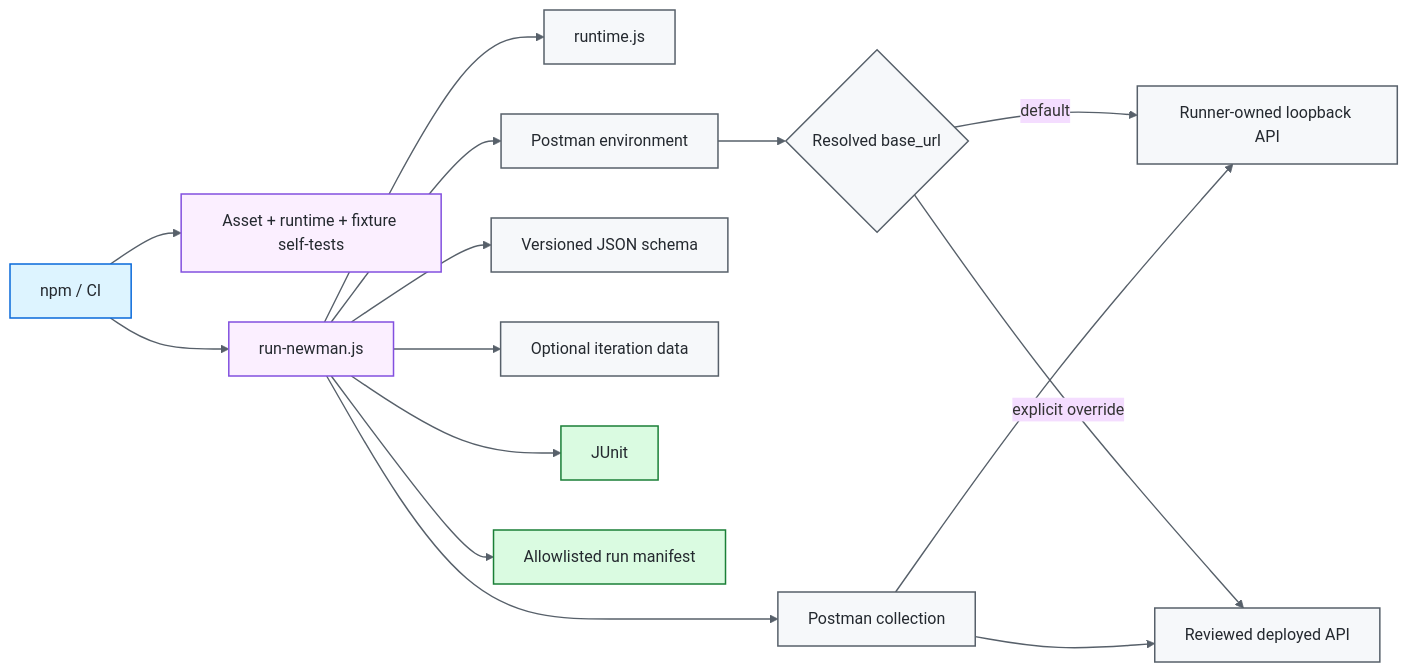
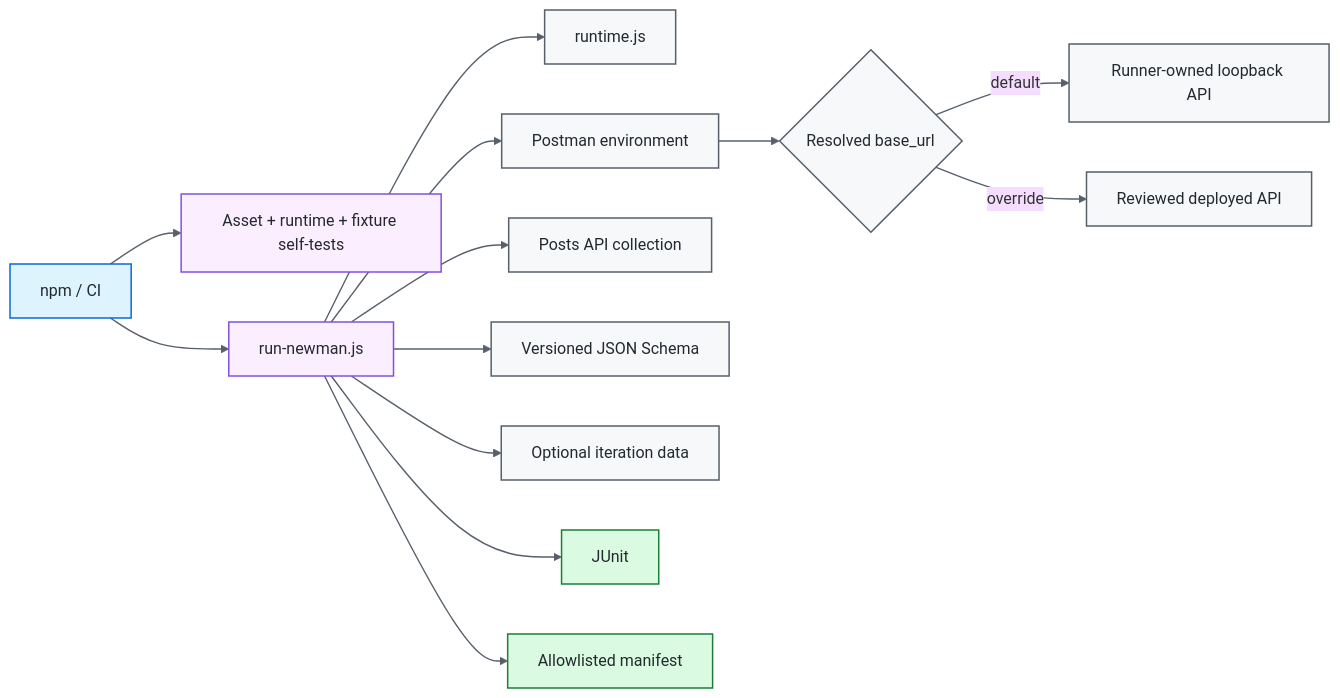
Before and after one commit to portyu9/qa-automation-api-postman-newman: the diagram in README.md, drawn with Mermaid (base theme). The commit also changed other lines of this file, not shown here.

````diff
--- a/README.md
+++ b/README.md
@@ -34,27 +37,25 @@
 ```mermaid
 flowchart LR
     CLI[npm / CI] --> VALIDATE[Asset + runtime + fixture self-tests]
     CLI --> RUN[run-newman.js]
     RUN --> POLICY[runtime.js]
     RUN --> ENV[Postman environment]
-    RUN --> COL[Postman collection]
-    RUN --> SCHEMA[Versioned JSON schema]
+    RUN --> COL[Posts API collection]
+    RUN --> SCHEMA[Versioned JSON Schema]
     RUN --> DATA[Optional iteration data]
     ENV --> TARGET{Resolved base_url}
     TARGET -->|default| LOCAL[Runner-owned loopback API]
-    TARGET -->|explicit override| EXT[Reviewed deployed API]
-    COL --> LOCAL
-    COL --> EXT
+    TARGET -->|override| EXT[Reviewed deployed API]
     RUN --> JUNIT[JUnit]
-    RUN --> MAN[Allowlisted run manifest]
+    RUN --> MAN[Allowlisted manifest]
 
     classDef entry fill:#ddf4ff,stroke:#0969da,color:#24292f,stroke-width:1.5px;
     classDef core fill:#f6f8fa,stroke:#57606a,color:#24292f,stroke-width:1.5px;
     classDef gate fill:#fbefff,stroke:#8250df,color:#24292f,stroke-width:1.5px;
     classDef evidence fill:#dafbe1,stroke:#1a7f37,color:#24292f,stroke-width:1.5px;
     class CLI entry;
     class POLICY,ENV,COL,SCHEMA,DATA,TARGET,LOCAL,EXT core;
     class VALIDATE,RUN gate;
     class JUNIT,MAN evidence;
     linkStyle default stroke:#57606a,stroke-width:1.4px;
 ```
````
